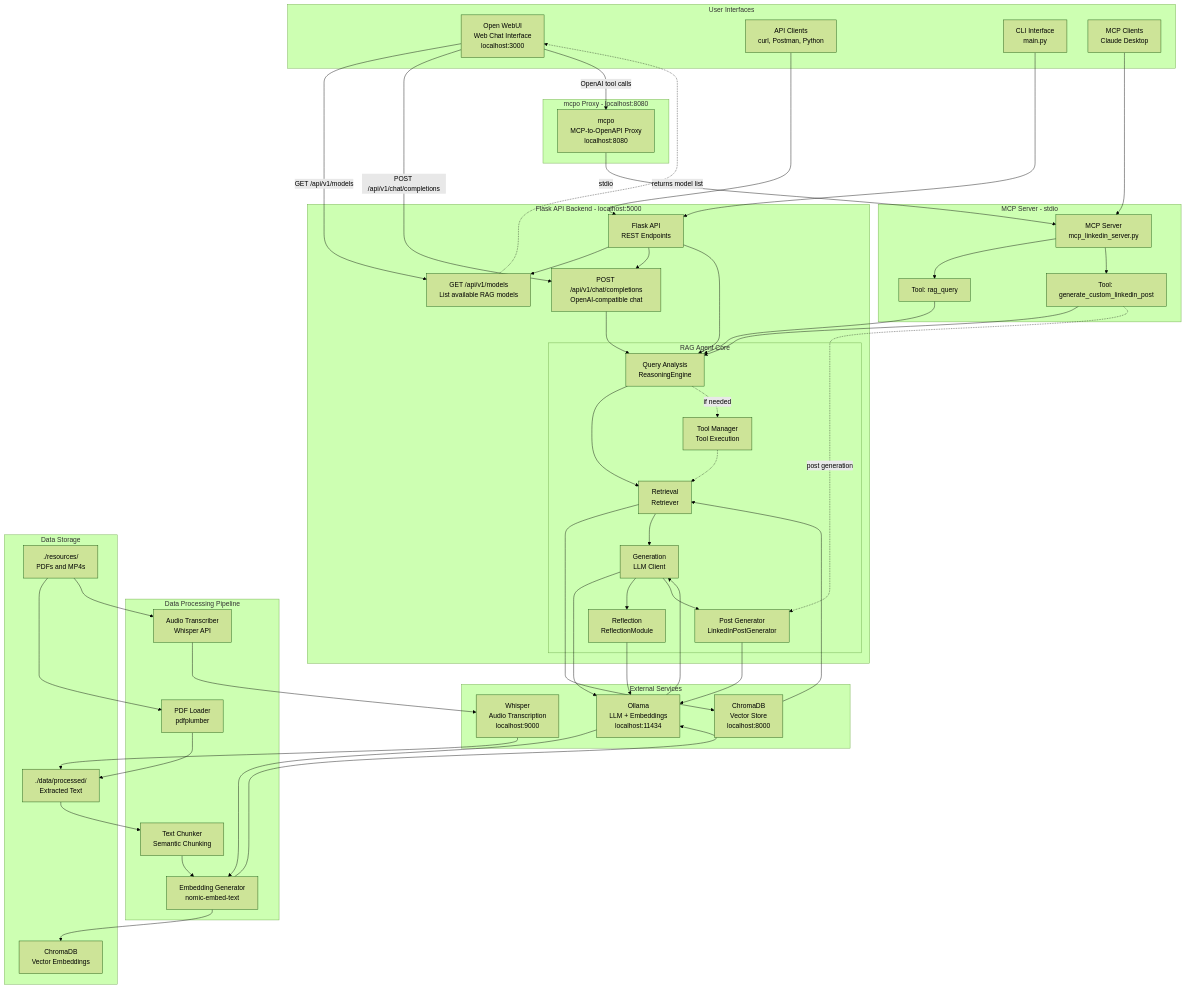
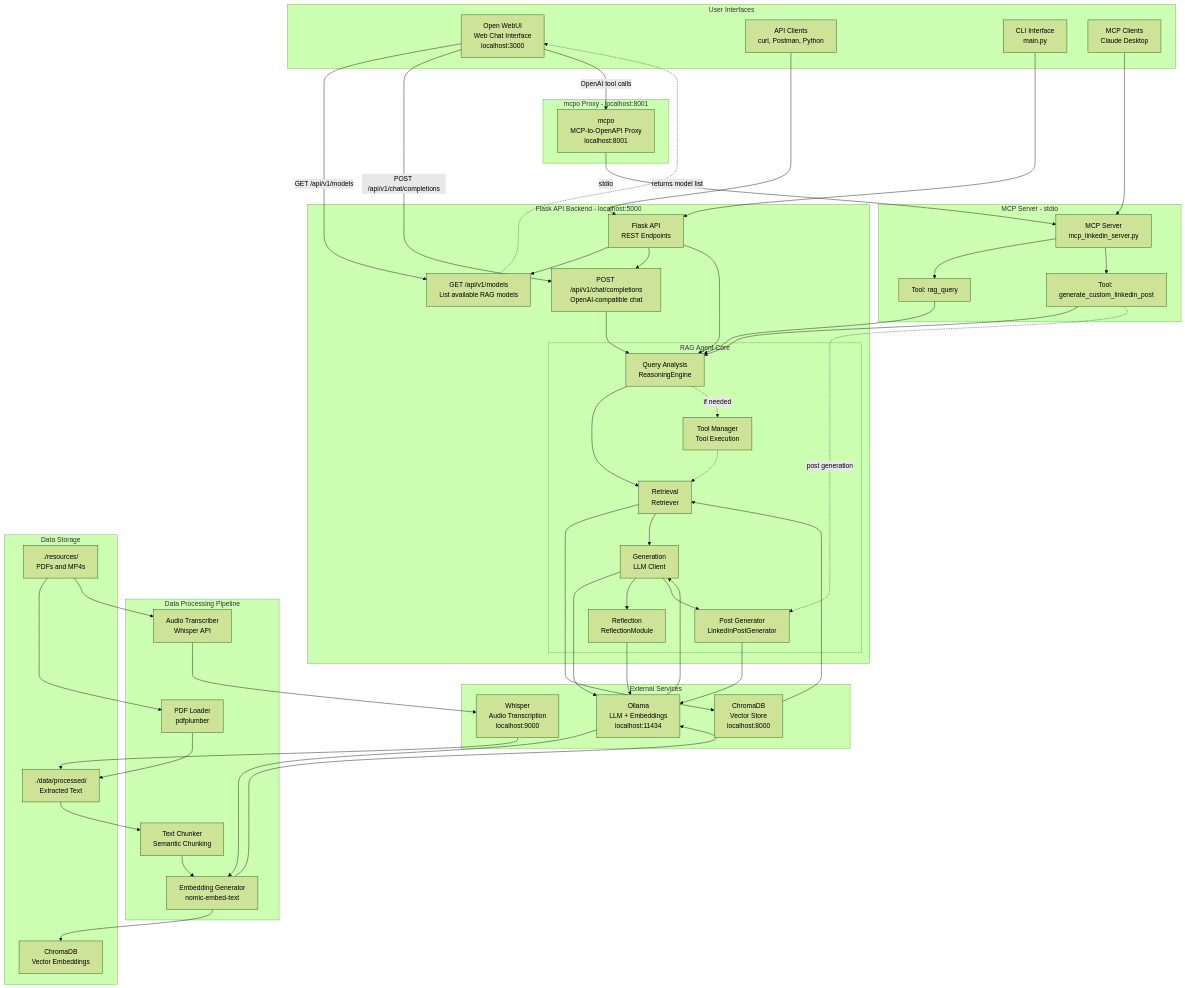
One commit to YuriiYa/CapstoneProject changed the diagram in README.md. Above: the diagram before and after it, drawn with Mermaid (forest theme). The commit also changed other lines of this file and 2 other files, not shown here.

```diff
--- a/README.md
+++ b/README.md
@@ -100,8 +100,8 @@
         MCP --> MCP_T2
     end
 
-    subgraph MCPOPROXY["mcpo Proxy - localhost:8080"]
-        MCPO[mcpo<br/>MCP-to-OpenAPI Proxy<br/>localhost:8080]
+    subgraph MCPOPROXY["mcpo Proxy - localhost:8001"]
+        MCPO[mcpo<br/>MCP-to-OpenAPI Proxy<br/>localhost:8001]
     end
 
     subgraph EXTSVC["External Services"]
```
